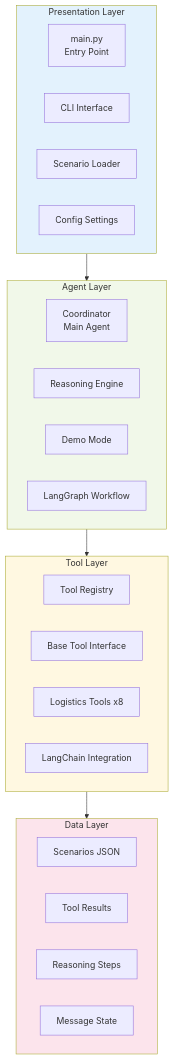
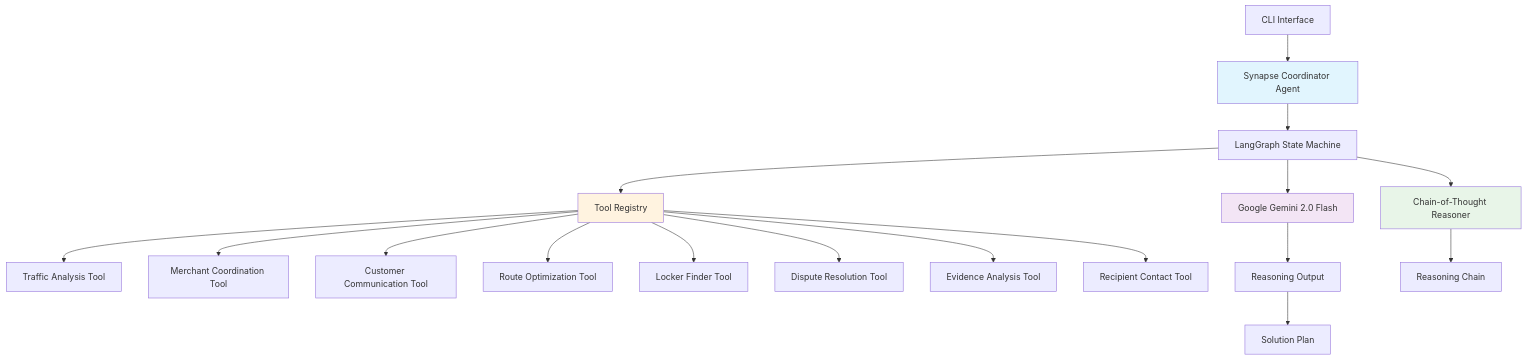
Before and after one commit to ayushvishnoipro/Grab-hack-Delivery-Agent-: the first of 9 diagrams in README.md, drawn with Mermaid. The commit also changed other lines of this file, not shown here.

````diff
--- a/README.md
+++ b/README.md
@@ -120,39 +18,26 @@
 ```mermaid
-graph TD
-    subgraph PL [Presentation Layer]
-        MP[main.py<br/>Entry Point]
-        CLI[CLI Interface]
-        SL[Scenario Loader]
-        CS[Config Settings]
-    end
+graph TB
+    CLI[CLI Interface] --> Coordinator[Synapse Coordinator Agent]
+    Coordinator --> LangGraph[LangGraph State Machine]
+    LangGraph --> Gemini[Google Gemini 2.0 Flash]
+    LangGraph --> Reasoner[Chain-of-Thought Reasoner]
+    LangGraph --> ToolRegistry[Tool Registry]
     
-    subgraph AL [Agent Layer]
-        COORD[Coordinator<br/>Main Agent]
-        RE[Reasoning Engine]
-        DEMO[Demo Mode]
-        LGW[LangGraph Workflow]
-    end
+    ToolRegistry --> TrafficTool[Traffic Analysis Tool]
+    ToolRegistry --> MerchantTool[Merchant Coordination Tool]
+    ToolRegistry --> CustomerTool[Customer Communication Tool]
+    ToolRegistry --> RoutingTool[Route Optimization Tool]
+    ToolRegistry --> LockerTool[Locker Finder Tool]
+    ToolRegistry --> DisputeTool[Dispute Resolution Tool]
+    ToolRegistry --> EvidenceTool[Evidence Analysis Tool]
+    ToolRegistry --> ContactTool[Recipient Contact Tool]
     
-    subgraph TL [Tool Layer]
-        TR[Tool Registry]
-        BT[Base Tool Interface]
-        LT[Logistics Tools x8]
-        LCI[LangChain Integration]
-    end
+    Gemini --> ReasoningOutput[Reasoning Output]
+    Reasoner --> ReasoningSteps[Reasoning Chain]
+    ReasoningOutput --> SolutionPlan[Solution Plan]
     
-    subgraph DL [Data Layer]
-        JSON[Scenarios JSON]
-        TRES[Tool Results]
-        RSTEPS[Reasoning Steps]
-        MSTATE[Message State]
-    end
-    
-    PL --> AL
-    AL --> TL
-    TL --> DL
-    
-    style PL fill:#e3f2fd
-    style AL fill:#f1f8e9
-    style TL fill:#fff8e1
-    style DL fill:#fce4ec
+    style Coordinator fill:#e1f5fe
+    style Gemini fill:#f3e5f5
+    style Reasoner fill:#e8f5e8
+    style ToolRegistry fill:#fff3e0
 ```
````
